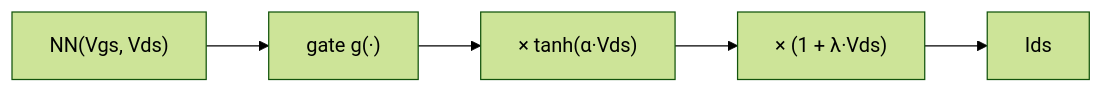
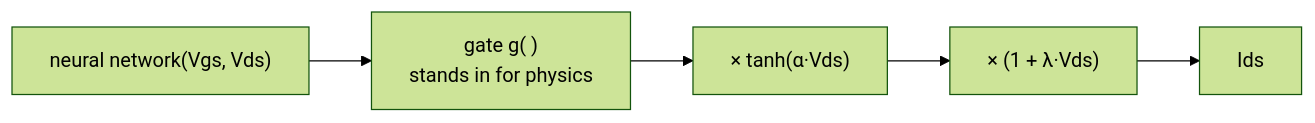
Before and after one commit to Angel-AD/transistor_modeling: the third of 5 diagrams in docs/MODEL_ARCHITECTURES.md, drawn with Mermaid (forest theme). The commit also changed other lines of this file and 3 other files, not shown here.

````diff
--- a/docs/MODEL_ARCHITECTURES.md
+++ b/docs/MODEL_ARCHITECTURES.md
@@ -88,7 +141,7 @@
 ```mermaid
 flowchart LR
-    NN["NN(Vgs, Vds)"] --> GATE["gate g(·)"]
-    GATE --> MUL1["× tanh(α·Vds)"]
-    MUL1 --> MUL2["× (1 + λ·Vds)"]
-    MUL2 --> OUT["Ids"]
+    NN["neural network(Vgs, Vds)"] --> GATE["gate g( )<br/>stands in for physics"]
+    GATE --> M1["× tanh(α·Vds)"]
+    M1 --> M2["× (1 + λ·Vds)"]
+    M2 --> OUT["Ids"]
 ```
````
